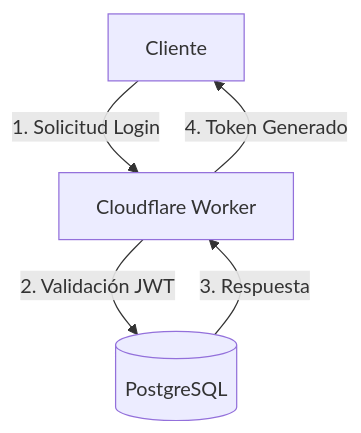
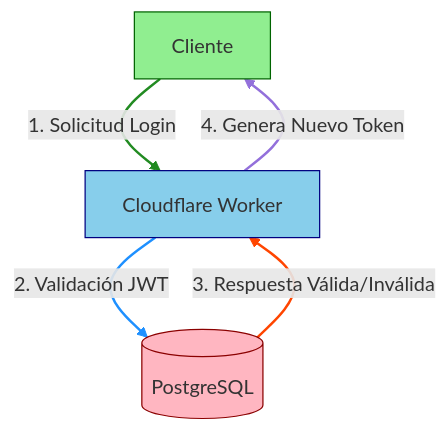
One commit to Lostovayne/Authentication-With-Hono changed the second of 2 diagrams in README.md. Above: the diagram before and after it, drawn with Mermaid. The commit also changed other lines of this file, not shown here.

````diff
--- a/README.md
+++ b/README.md
@@ -41,8 +41,16 @@
 ```mermaid
 graph TD
     A[Cliente] -->|1. Solicitud Login| B[Cloudflare Worker]
     B -->|2. Validación JWT| C[(PostgreSQL)]
-    C -->|3. Respuesta| B
-    B -->|4. Token Generado| A
-    click B href "#endpoints" "Ver endpoints"
-```
+    C -->|3. Respuesta Válida/Inválida| B
+    B -->|4. Genera Nuevo Token| A
+    
+    style A fill:#90EE90,stroke:#006400
+    style B fill:#87CEEB,stroke:#000080
+    style C fill:#FFB6C1,stroke:#8B0000
+    linkStyle 0 stroke:#228B22,stroke-width:2px
+    linkStyle 1 stroke:#1E90FF,stroke-width:2px
+    linkStyle 2 stroke:#FF4500,stroke-width:2px
+    linkStyle 3 stroke:#9370DB,stroke-width:2px
+    
+``` 
````
